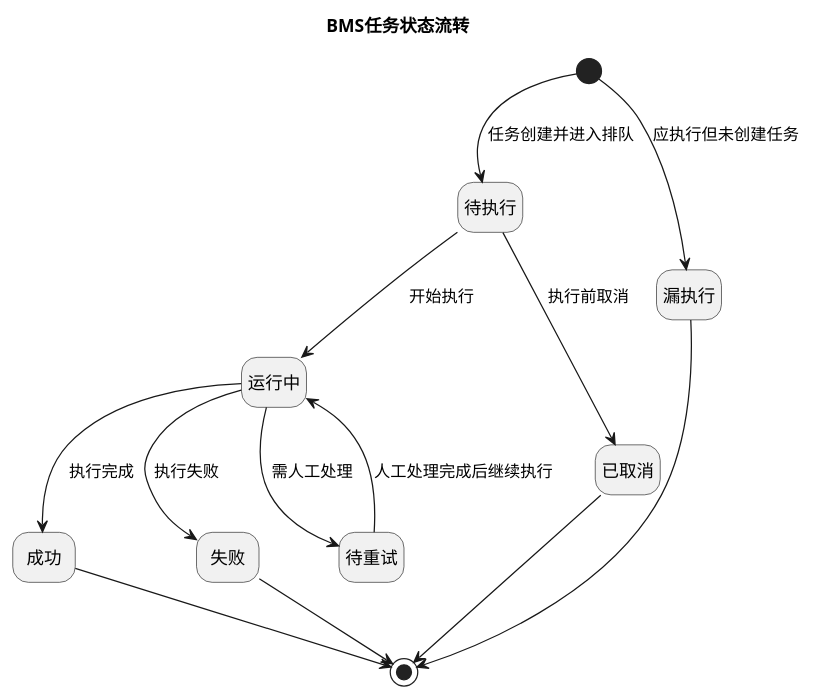
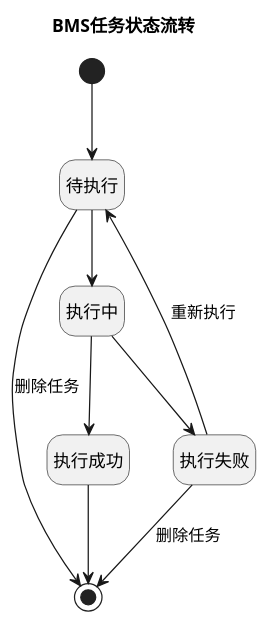
Before and after one commit to jack888332/projects-doc: the fifth of 17 diagrams in product-caliber/bms/prd/财务系统.PRD.md, drawn with PlantUML. The commit also changed other lines of this file, not shown here.

````diff
--- a/product-caliber/bms/prd/财务系统.PRD.md
+++ b/product-caliber/bms/prd/财务系统.PRD.md
@@ -1012,27 +1013,20 @@
 ```plantuml
 @startuml
 title BMS任务状态流转
 hide empty description
 
 state "待执行" as Pending
-state "运行中" as Running
-state "成功" as Success
-state "失败" as Failed
-state "待重试" as NeedRetry
-state "已取消" as Cancelled
-state "漏执行" as Missed
+state "执行中" as Running
+state "执行成功" as Success
+state "执行失败" as Failed
 
-[*] --> Pending : 任务创建并进入排队
-[*] --> Missed : 应执行但未创建任务
-Pending --> Running : 开始执行
-Pending --> Cancelled : 执行前取消
-Running --> Success : 执行完成
-Running --> Failed : 执行失败
-Running --> NeedRetry : 需人工处理
-NeedRetry --> Running : 人工处理完成后继续执行
+[*] --> Pending
+Pending --> Running
+Pending --> [*] : 删除任务
+Running --> Success
+Running --> Failed
+Failed --> Pending : 重新执行
+Failed --> [*] : 删除任务
 Success --> [*]
-Failed --> [*]
-Cancelled --> [*]
-Missed --> [*]
 @enduml
 ```
````
